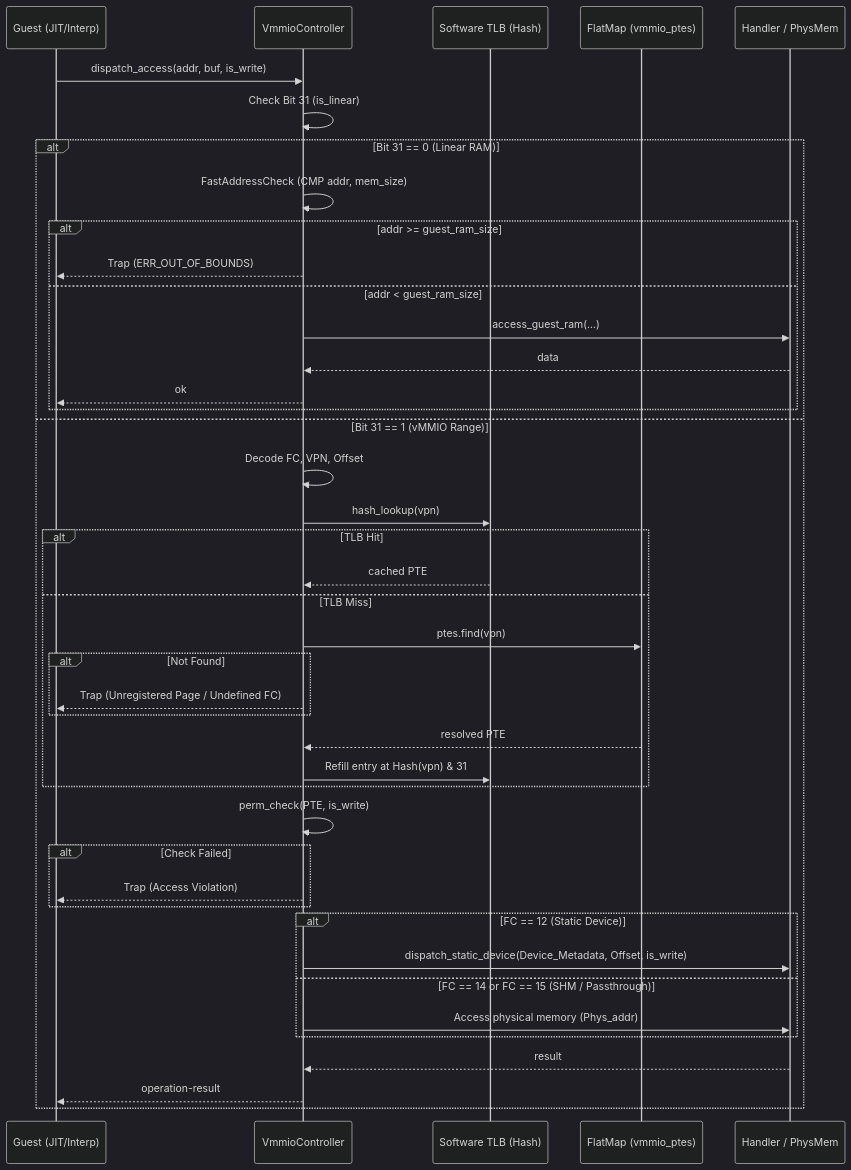
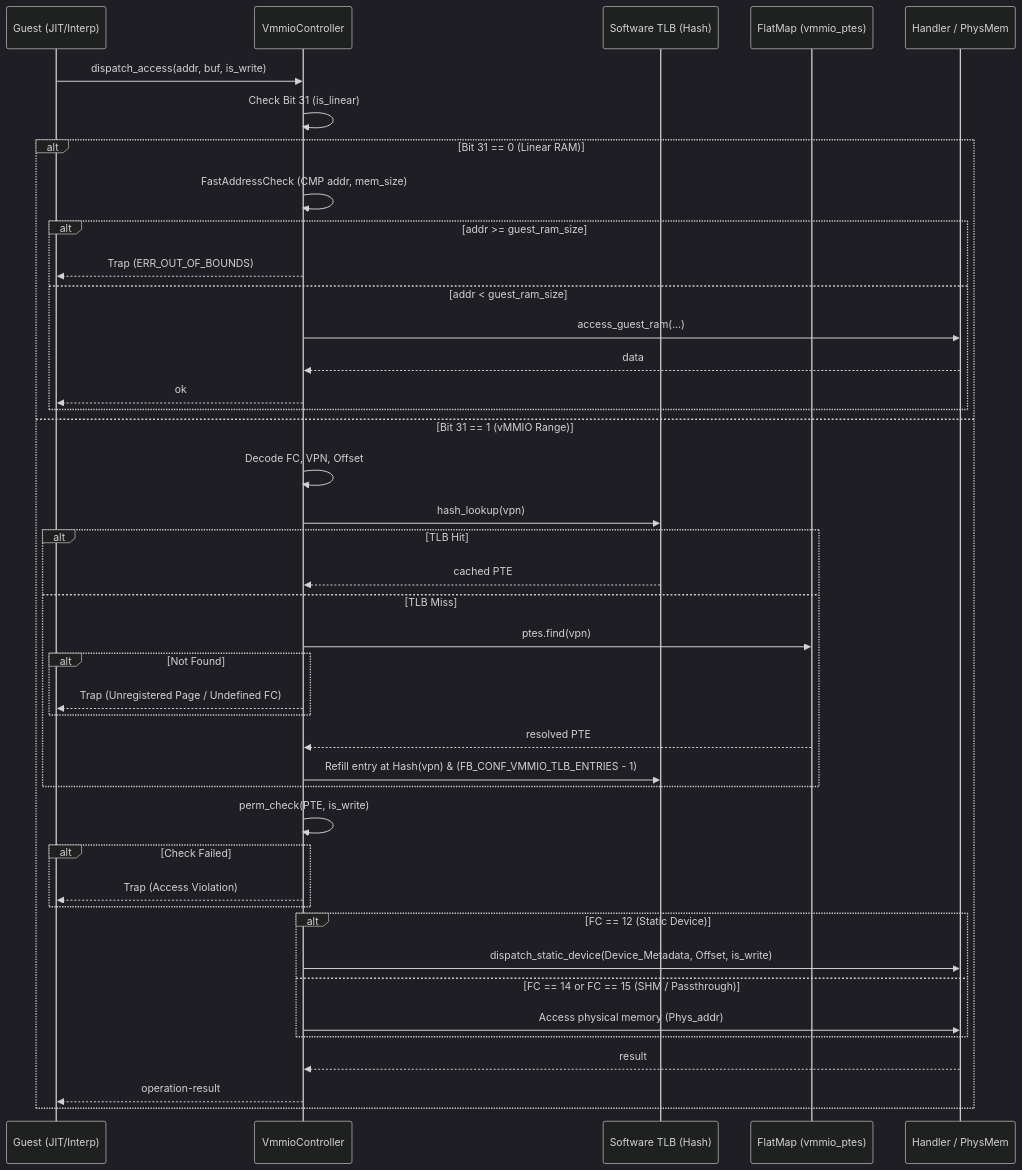
Before and after one commit to kmt-t/fireball: the fourth of 7 diagrams in docs/components/tier2_runtime/runtime_vmmio.md, drawn with Mermaid (dark theme). The commit also changed other lines of this file and 26 other files, not shown here.

````diff
--- a/docs/components/tier2_runtime/runtime_vmmio.md
+++ b/docs/components/tier2_runtime/runtime_vmmio.md
@@ -254,47 +254,47 @@
 ```mermaid
 sequenceDiagram
     participant G as Guest (JIT/Interp)
     participant C as VmmioController
     participant T as Software TLB (Hash)
     participant F as FlatMap (vmmio_ptes)
     participant H as Handler / PhysMem
 
     G->>C: dispatch_access(addr, buf, is_write)
     C->>C: Check Bit 31 (is_linear)
     alt Bit 31 == 0 (Linear RAM)
         C->>C: FastAddressCheck (CMP addr, mem_size)
         alt addr >= guest_ram_size
             C-->>G: Trap (ERR_OUT_OF_BOUNDS)
         else addr < guest_ram_size
             C->>H: access_guest_ram(...)
             H-->>C: data
             C-->>G: ok
         end
     else Bit 31 == 1 (vMMIO Range)
         C->>C: Decode FC, VPN, Offset
         C->>T: hash_lookup(vpn)
         alt TLB Hit
             T-->>C: cached PTE
         else TLB Miss
             C->>F: ptes.find(vpn)
             alt Not Found
                 C-->>G: Trap (Unregistered Page / Undefined FC)
             end
             F-->>C: resolved PTE
-            C->>T: Refill entry at Hash(vpn) & 31
+            C->>T: Refill entry at Hash(vpn) & (FB_CONF_VMMIO_TLB_ENTRIES - 1)
         end
 
         C->>C: perm_check(PTE, is_write)
         alt Check Failed
             C-->>G: Trap (Access Violation)
         end
 
         alt FC == 12 (Static Device)
             C->>H: dispatch_static_device(Device_Metadata, Offset, is_write)
         else FC == 14 or FC == 15 (SHM / Passthrough)
             C->>H: Access physical memory (Phys_addr)
         end
         H-->>C: result
         C-->>G: operation-result
     end
 ```
````
